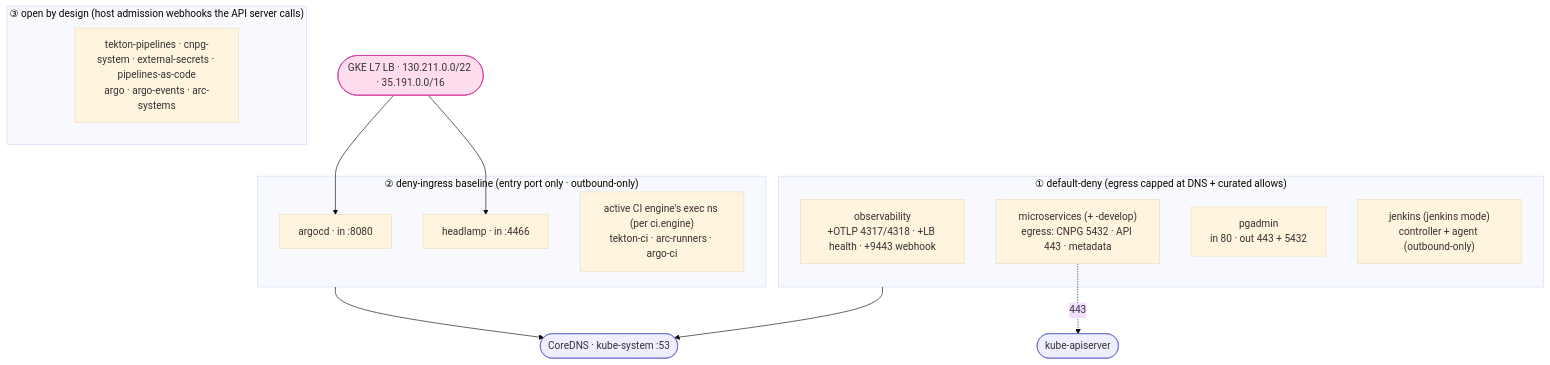
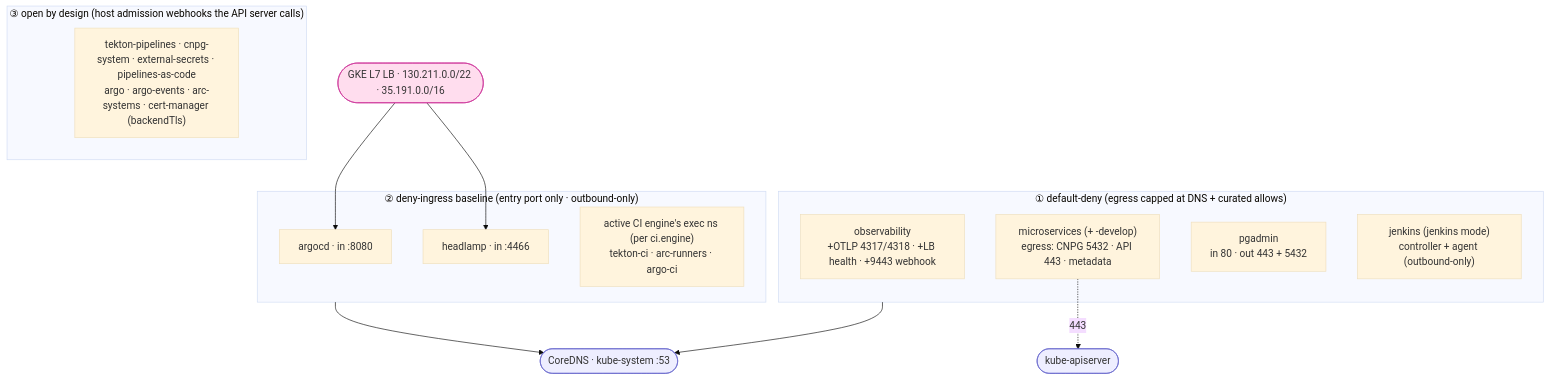
The seventh of 8 diagrams in docs/503-NETWORKING.md (nubenetes/jenkins-2026), drawn with Mermaid (base theme) before and after one commit. The commit also changed other lines of this file and 21 other files, not shown here.

First line of the commit message:
feat(gateway): opt-in backend TLS — LB→pod re-encryption via cert-manager + BackendTLSPolicy (stage 1: Headlamp) (#554)

````diff
--- a/docs/503-NETWORKING.md
+++ b/docs/503-NETWORKING.md
@@ -293,28 +294,28 @@
 ```mermaid
 flowchart TB
   dns([CoreDNS · kube-system :53]):::i
   lb([GKE L7 LB · 130.211.0.0/22 · 35.191.0.0/16]):::ext
   api([kube-apiserver]):::i
 
   subgraph dd["① default-deny (egress capped at DNS + curated allows)"]
     obs["observability<br/>+OTLP 4317/4318 · +LB health · +9443 webhook"]
     msn["microservices (+ -develop)<br/>egress: CNPG 5432 · API 443 · metadata"]
     pga["pgadmin<br/>in 80 · out 443 + 5432"]
     jen["jenkins (jenkins mode)<br/>controller + agent (outbound-only)"]
   end
   subgraph db["② deny-ingress baseline (entry port only · outbound-only)"]
     arg["argocd · in :8080"]
     hl["headlamp · in :4466"]
     ci["active CI engine's exec ns (per ci.engine)<br/>tekton-ci · arc-runners · argo-ci"]
   end
   subgraph op["③ open by design (host admission webhooks the API server calls)"]
-    sys["tekton-pipelines · cnpg-system · external-secrets · pipelines-as-code<br/>argo · argo-events · arc-systems"]
+    sys["tekton-pipelines · cnpg-system · external-secrets · pipelines-as-code<br/>argo · argo-events · arc-systems · cert-manager (backendTls)"]
   end
 
   lb --> arg & hl
   dd --> dns
   db --> dns
   msn -. 443 .-> api
   classDef i fill:#eef,stroke:#66c;
   classDef ext fill:#fde,stroke:#c39;
 ```
````
